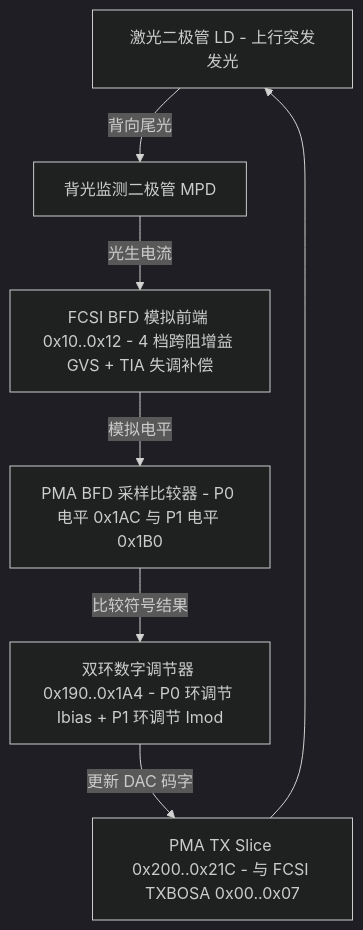
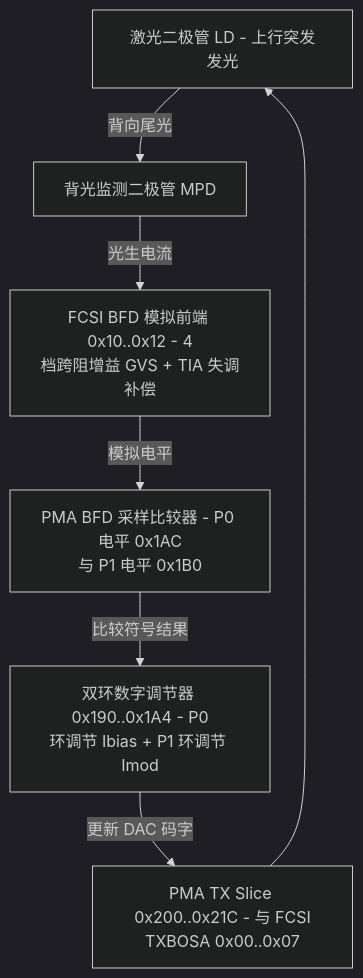
One commit to difanz/lantiq-falcon-s-docs changed the diagram in 07_phy_and_mac/02_bosa_and_laser_control.md. Above: the diagram before and after it, drawn with Mermaid (dark theme). The commit also changed 33 other files, not shown here.

Commit message:
Improve diagram readability and adopt the Material theme

````diff
--- a/07_phy_and_mac/02_bosa_and_laser_control.md
+++ b/07_phy_and_mac/02_bosa_and_laser_control.md
@@ -39,9 +39,9 @@
 ```mermaid
 flowchart TD
     LASER["激光二极管 LD - 上行突发发光"] -->|背向尾光| MPD["背光监测二极管 MPD"]
-    MPD -->|光生电流| TIA["FCSI BFD 模拟前端 0x10..0x12 - 4 档跨阻增益 GVS + TIA 失调补偿"]
-    TIA -->|模拟电平| COMP["PMA BFD 采样比较器 - P0 电平 0x1AC 与 P1 电平 0x1B0"]
-    COMP -->|比较符号结果| LOOP["双环数字调节器 0x190..0x1A4 - P0 环调节 Ibias + P1 环调节 Imod"]
-    LOOP -->|更新 DAC 码字| TX["PMA TX Slice 0x200..0x21C - 与 FCSI TXBOSA 0x00..0x07"]
+    MPD -->|光生电流| TIA["FCSI BFD 模拟前端 0x10..0x12 - 4<br/>档跨阻增益 GVS + TIA 失调补偿"]
+    TIA -->|模拟电平| COMP["PMA BFD 采样比较器 - P0 电平 0x1AC<br/>与 P1 电平 0x1B0"]
+    COMP -->|比较符号结果| LOOP["双环数字调节器 0x190..0x1A4 - P0<br/>环调节 Ibias + P1 环调节 Imod"]
+    LOOP -->|更新 DAC 码字| TX["PMA TX Slice 0x200..0x21C - 与 FCSI<br/>TXBOSA 0x00..0x07"]
     TX --> LASER
 ```
````
